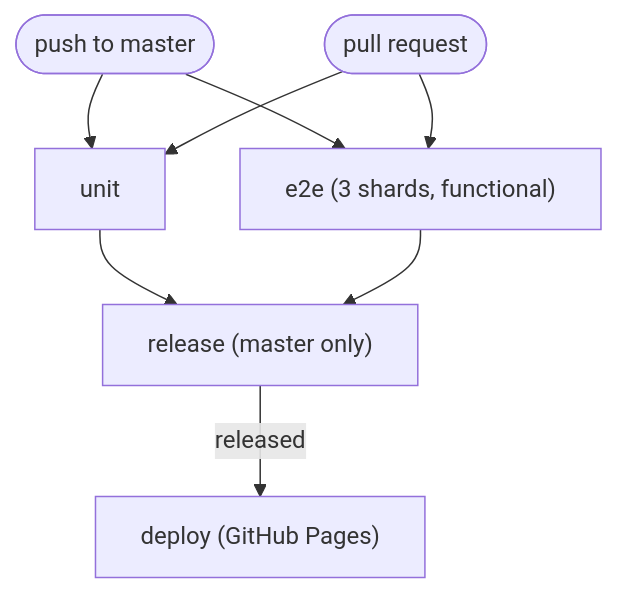
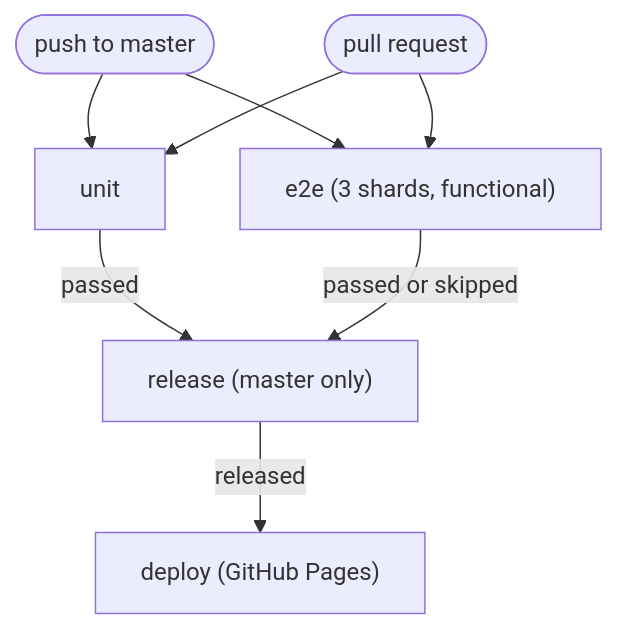
The diagram in docs/11.ci.md (OpenGIS/app), drawn with Mermaid before and after one commit. The commit also changed other lines of this file, not shown here.

````diff
--- a/docs/11.ci.md
+++ b/docs/11.ci.md
@@ -11,10 +11,10 @@
 ```mermaid
 flowchart TD
     push([push to master]) --> unit
     push --> e2e["e2e (3 shards, functional)"]
     pr([pull request]) --> unit
     pr --> e2e
-    unit --> release["release (master only)"]
-    e2e --> release
+    unit -->|passed| release["release (master only)"]
+    e2e -->|passed or skipped| release
     release -->|released| deploy["deploy (GitHub Pages)"]
 ```
````
